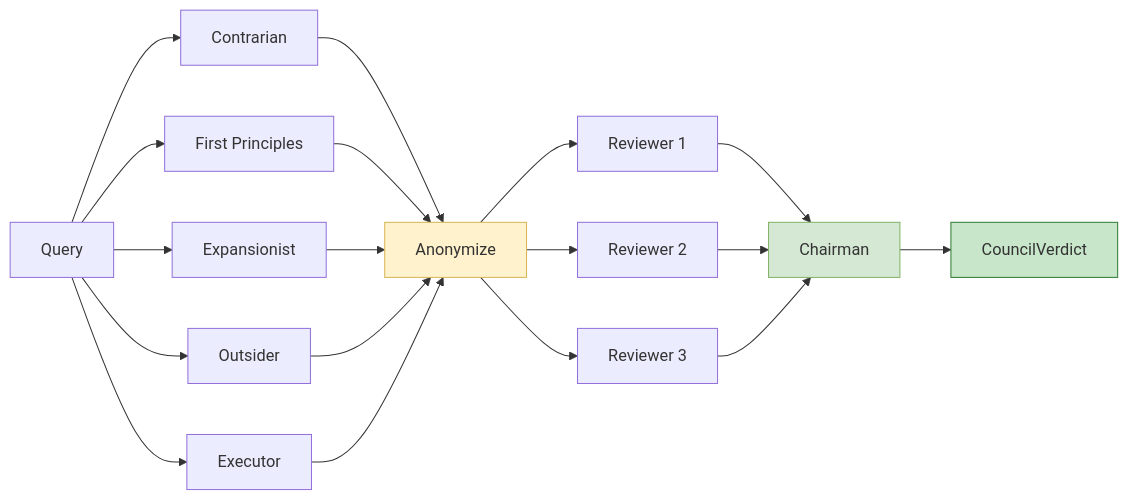
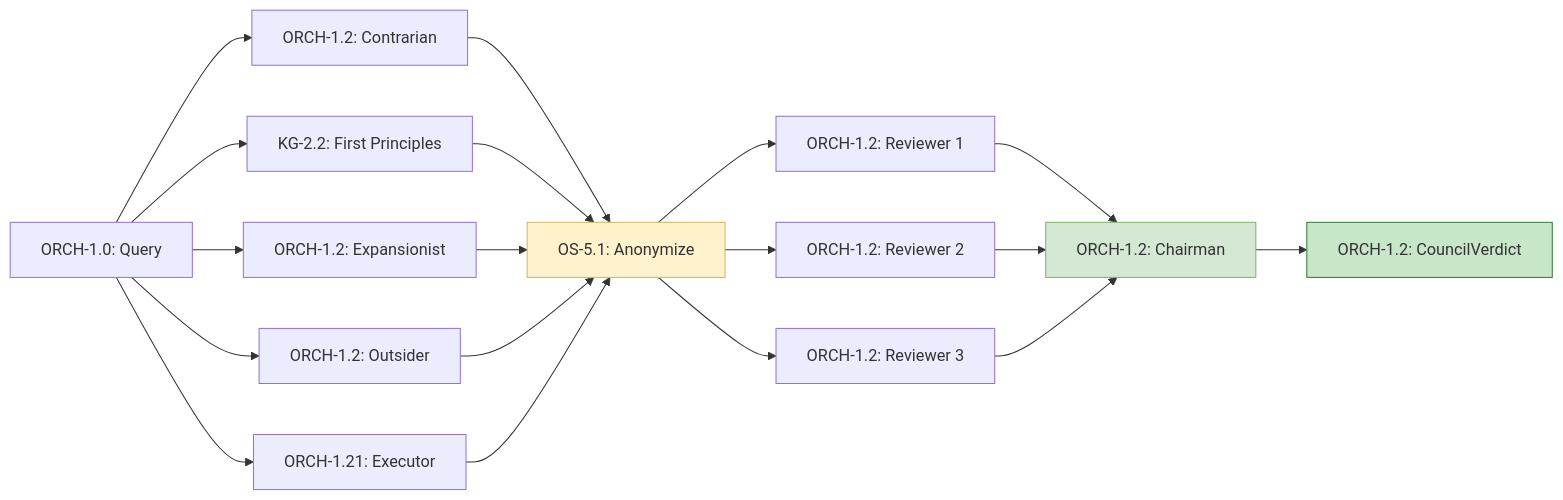
One commit to Knuckles-Team/agent-utilities changed the third of 3 diagrams in docs/guides/architecture.md. Above: the diagram before and after it, drawn with Mermaid. The commit also changed other lines of this file and 325 other files, not shown here.

````diff
--- a/docs/guides/architecture.md
+++ b/docs/guides/architecture.md
@@ -253,24 +277,24 @@
 ```mermaid
 graph LR
-    Q[Query] --> A1[Contrarian]
-    Q --> A2[First Principles]
-    Q --> A3[Expansionist]
-    Q --> A4[Outsider]
-    Q --> A5[Executor]
-    A1 --> Anon[Anonymize]
+    Q[ORCH-1.0: Query] --> A1[ORCH-1.2: Contrarian]
+    Q --> A2[KG-2.2: First Principles]
+    Q --> A3[ORCH-1.2: Expansionist]
+    Q --> A4[ORCH-1.2: Outsider]
+    Q --> A5[ORCH-1.21: Executor]
+    A1 --> Anon[OS-5.1: Anonymize]
     A2 --> Anon
     A3 --> Anon
     A4 --> Anon
     A5 --> Anon
-    Anon --> R1[Reviewer 1]
-    Anon --> R2[Reviewer 2]
-    Anon --> R3[Reviewer 3]
-    R1 --> Chair[Chairman]
+    Anon --> R1[ORCH-1.2: Reviewer 1]
+    Anon --> R2[ORCH-1.2: Reviewer 2]
+    Anon --> R3[ORCH-1.2: Reviewer 3]
+    R1 --> Chair[ORCH-1.2: Chairman]
     R2 --> Chair
     R3 --> Chair
-    Chair --> V[CouncilVerdict]
+    Chair --> V[ORCH-1.2: CouncilVerdict]
 
     style Anon fill:#fff2cc,stroke:#d6b656
     style Chair fill:#d5e8d4,stroke:#82b366
     style V fill:#c8e6c9,stroke:#2e7d32
 ```
````
